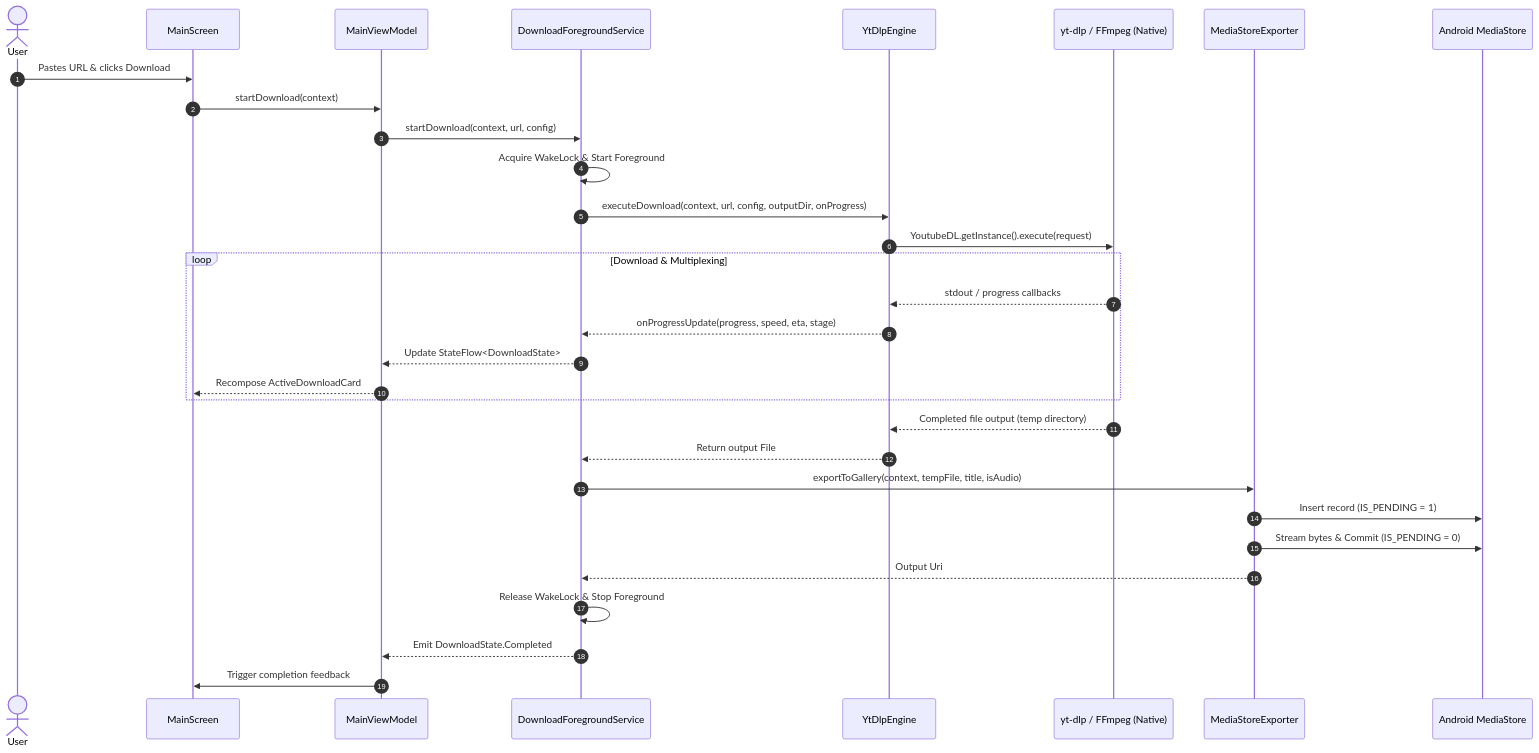
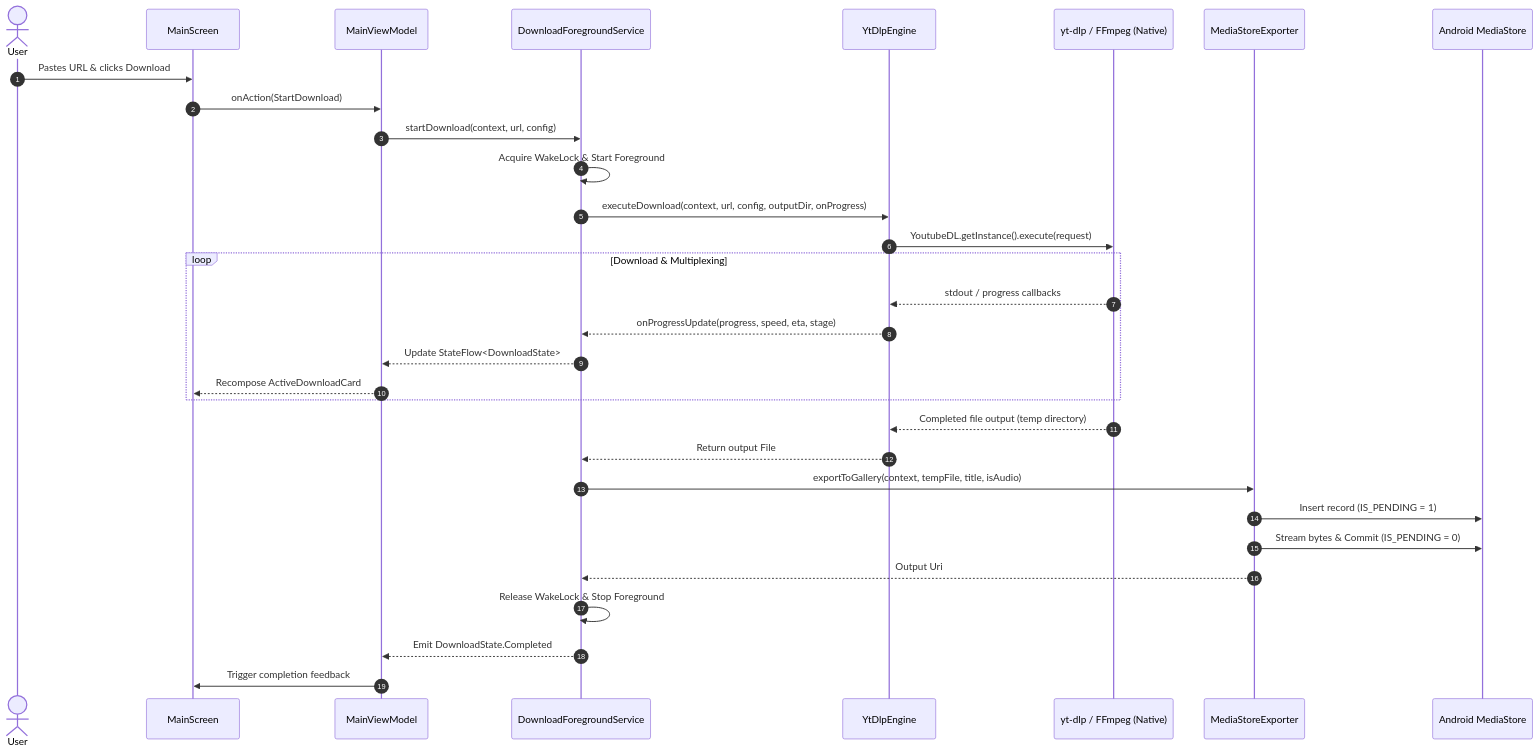
One commit to danielcrvo/kitsune changed the second of 2 diagrams in ARCHITECTURE.md. Above: the diagram before and after it, drawn with Mermaid. The commit also changed other lines of this file and 21 other files, not shown here.

Commit message:
feat(architecture): elevate to software standards with MVI, design tokens, Compose metrics, and CI linting

````diff
--- a/ARCHITECTURE.md
+++ b/ARCHITECTURE.md
@@ -122,34 +133,34 @@
 ```mermaid
 sequenceDiagram
     autonumber
     actor User
     participant MainScreen
     participant MainViewModel
     participant Service as DownloadForegroundService
     participant Engine as YtDlpEngine
     participant NDK as yt-dlp / FFmpeg (Native)
     participant Exporter as MediaStoreExporter
     participant MediaStore as Android MediaStore
 
     User->>MainScreen: Pastes URL & clicks Download
-    MainScreen->>MainViewModel: startDownload(context)
+    MainScreen->>MainViewModel: onAction(StartDownload)
     MainViewModel->>Service: startDownload(context, url, config)
     Service->>Service: Acquire WakeLock & Start Foreground
     Service->>Engine: executeDownload(context, url, config, outputDir, onProgress)
     Engine->>NDK: YoutubeDL.getInstance().execute(request)
     loop Download & Multiplexing
         NDK-->>Engine: stdout / progress callbacks
         Engine-->>Service: onProgressUpdate(progress, speed, eta, stage)
         Service-->>MainViewModel: Update StateFlow<DownloadState>
         MainViewModel-->>MainScreen: Recompose ActiveDownloadCard
     end
     NDK-->>Engine: Completed file output (temp directory)
     Engine-->>Service: Return output File
     Service->>Exporter: exportToGallery(context, tempFile, title, isAudio)
     Exporter->>MediaStore: Insert record (IS_PENDING = 1)
     Exporter->>MediaStore: Stream bytes & Commit (IS_PENDING = 0)
     Exporter-->>Service: Output Uri
     Service->>Service: Release WakeLock & Stop Foreground
     Service-->>MainViewModel: Emit DownloadState.Completed
     MainViewModel->>MainScreen: Trigger completion feedback
 ```
````
